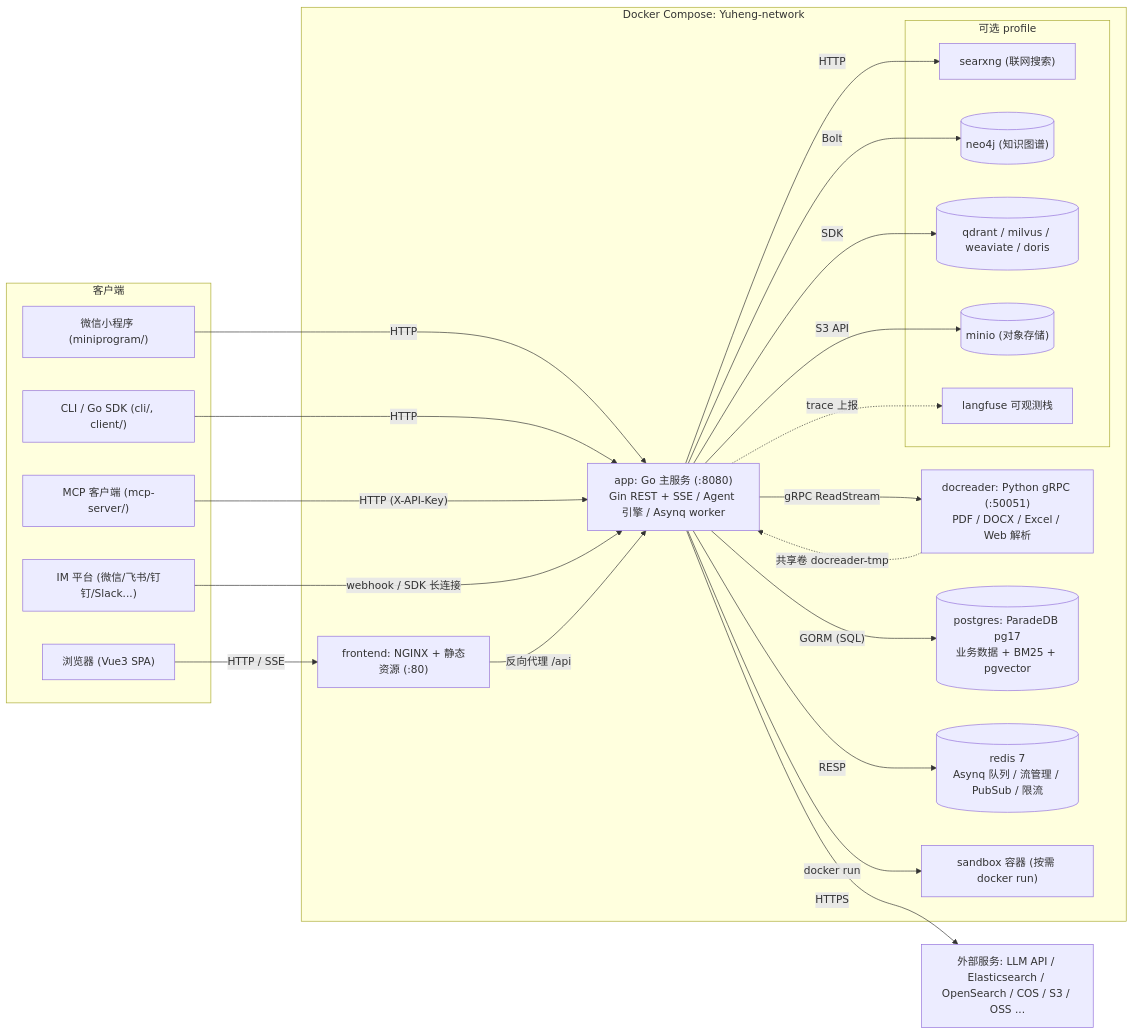
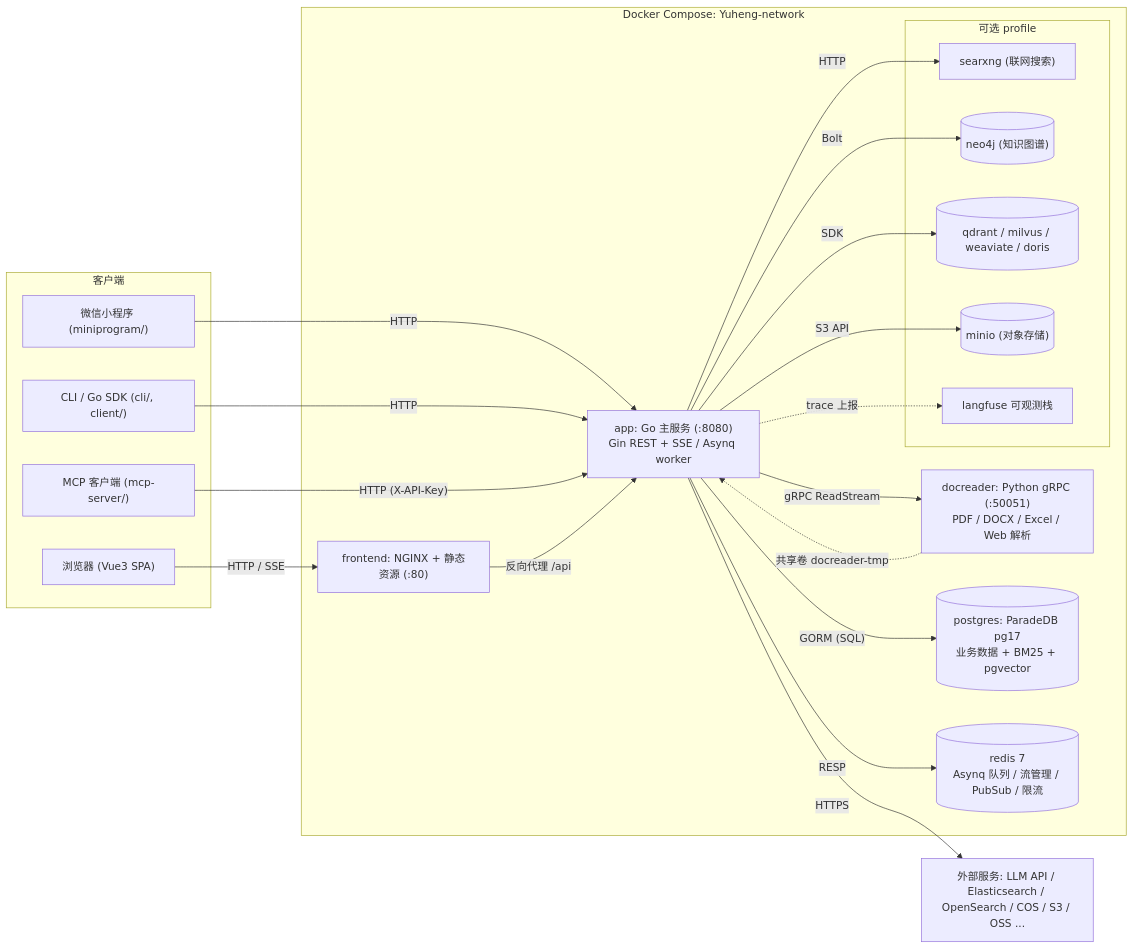
The first of 2 diagrams in website-docs/02-architecture/01-overview.md (magicyuan876/Yuheng), drawn with Mermaid before and after one commit. The commit also changed other lines of this file and 994 other files, not shown here.

````diff
--- a/website-docs/02-architecture/01-overview.md
+++ b/website-docs/02-architecture/01-overview.md
@@ -89,46 +85,42 @@
 ```mermaid
 graph LR
     subgraph Clients["客户端"]
         Browser["浏览器 (Vue3 SPA)"]
         Mini["微信小程序 (miniprogram/)"]
         CLI["CLI / Go SDK (cli/, client/)"]
         MCPC["MCP 客户端 (mcp-server/)"]
-        IM["IM 平台 (微信/飞书/钉钉/Slack...)"]
     end
 
     subgraph Compose["Docker Compose: Yuheng-network"]
         FE["frontend: NGINX + 静态资源 (:80)"]
-        APP["app: Go 主服务 (:8080)<br/>Gin REST + SSE / Agent 引擎 / Asynq worker"]
+        APP["app: Go 主服务 (:8080)<br/>Gin REST + SSE / Asynq worker"]
         DR["docreader: Python gRPC (:50051)<br/>PDF / DOCX / Excel / Web 解析"]
         PG[("postgres: ParadeDB pg17<br/>业务数据 + BM25 + pgvector")]
         RD[("redis 7<br/>Asynq 队列 / 流管理 / PubSub / 限流")]
-        SBX["sandbox 容器 (按需 docker run)"]
         subgraph Optional["可选 profile"]
             SX["searxng (联网搜索)"]
             NEO[("neo4j (知识图谱)")]
             VDB[("qdrant / milvus / weaviate / doris")]
             MINIO[("minio (对象存储)")]
             LF["langfuse 可观测栈"]
         end
     end
 
     EXT["外部服务: LLM API / Elasticsearch / OpenSearch / COS / S3 / OSS ..."]
 
     Browser -->|"HTTP / SSE"| FE
     Mini -->|"HTTP"| APP
     CLI -->|"HTTP"| APP
     MCPC -->|"HTTP (X-API-Key)"| APP
-    IM -->|"webhook / SDK 长连接"| APP
     FE -->|"反向代理 /api"| APP
     APP -->|"gRPC ReadStream"| DR
     APP -->|"GORM (SQL)"| PG
     APP -->|"RESP"| RD
-    APP -->|"docker run"| SBX
     APP -->|"HTTP"| SX
     APP -->|"Bolt"| NEO
     APP -->|"SDK"| VDB
     APP -->|"S3 API"| MINIO
     APP -->|"HTTPS"| EXT
     APP -.->|"trace 上报"| LF
     DR -.->|"共享卷 docreader-tmp"| APP
 ```
````
